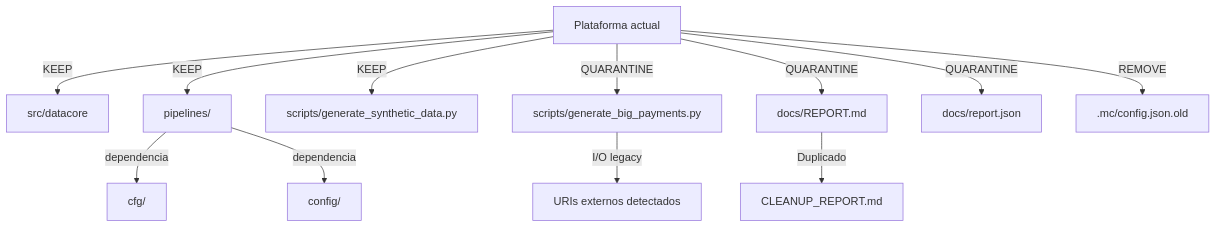
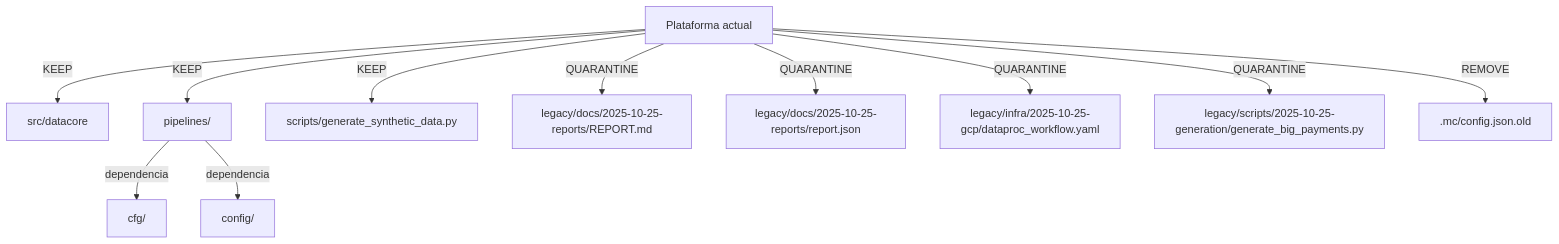
One commit to Prospect121/mvp-config-driven changed the diagram in docs/diagrams/deps_cleanup.md. Above: the diagram before and after it, drawn with Mermaid. The commit also changed other lines of this file and 14 other files, not shown here.

Commit message:
Apply cleanup quarantine policy

````diff
--- a/docs/diagrams/deps_cleanup.md
+++ b/docs/diagrams/deps_cleanup.md
@@ -3,14 +11,13 @@
 ```mermaid
 graph TD
     A[Plataforma actual] -->|KEEP| B[src/datacore]
     A -->|KEEP| C[pipelines/]
     A -->|KEEP| D[scripts/generate_synthetic_data.py]
-    A -->|QUARANTINE| E[scripts/generate_big_payments.py]
-    A -->|QUARANTINE| F[docs/REPORT.md]
-    A -->|QUARANTINE| G[docs/report.json]
+    A -->|QUARANTINE| L1[legacy/docs/2025-10-25-reports/REPORT.md]
+    A -->|QUARANTINE| L2[legacy/docs/2025-10-25-reports/report.json]
+    A -->|QUARANTINE| L3[legacy/infra/2025-10-25-gcp/dataproc_workflow.yaml]
+    A -->|QUARANTINE| L4[legacy/scripts/2025-10-25-generation/generate_big_payments.py]
     A -->|REMOVE| H[.mc/config.json.old]
     C -->|dependencia| I[cfg/]
     C -->|dependencia| J[config/]
-    E -->|I/O legacy| K[URIs externos detectados]
-    F -->|Duplicado| L[CLEANUP_REPORT.md]
 ```
````
